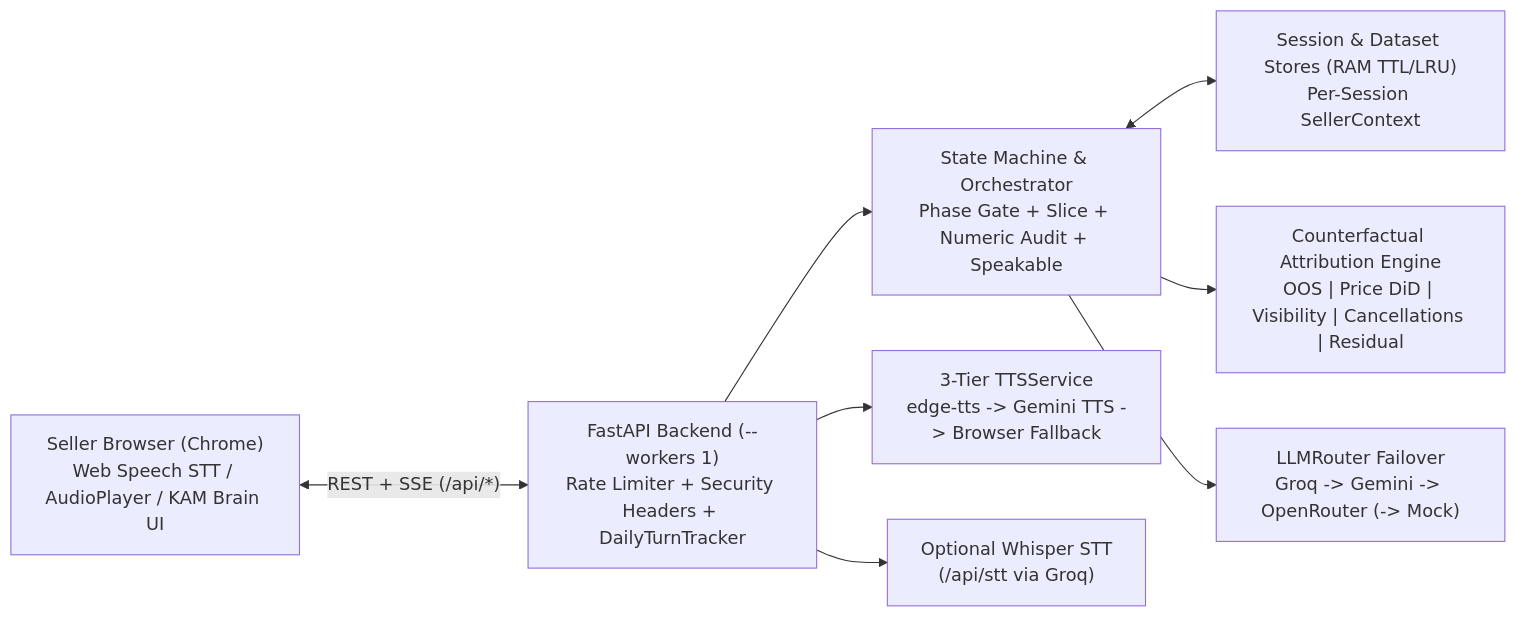
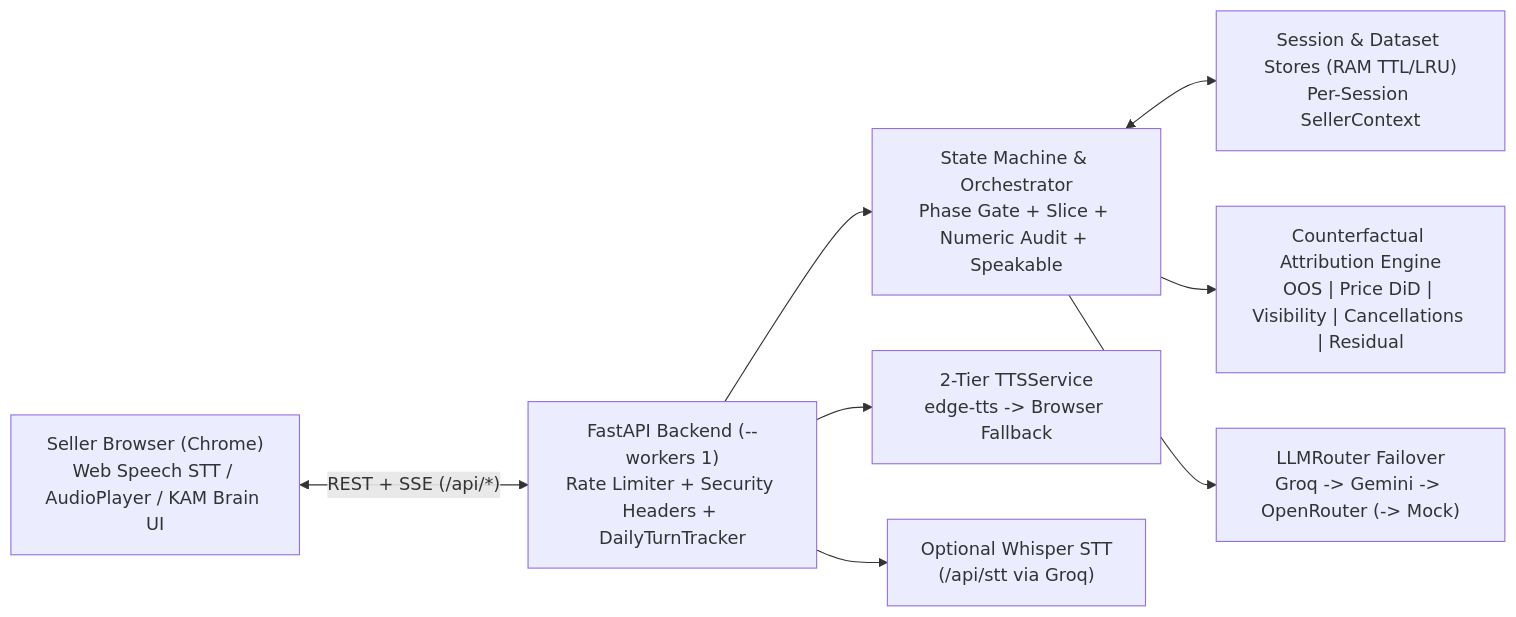
The diagram in README.md (dummycodertech/VoiceKAM), drawn with Mermaid before and after one commit. The commit also changed other lines of this file and 13 other files, not shown here.

Commit message:
Round 3.1: disable non-functional Gemini TTS tier and align health/docs to 2-tier TTS

````diff
--- a/README.md
+++ b/README.md
@@ -23,10 +23,10 @@
 ```mermaid
 flowchart LR
     U["Seller Browser (Chrome)<br/>Web Speech STT / AudioPlayer / KAM Brain UI"] <-->|"REST + SSE (/api/*)"| API["FastAPI Backend (--workers 1)<br/>Rate Limiter + Security Headers + DailyTurnTracker"]
     API --> SM["State Machine & Orchestrator<br/>Phase Gate + Slice + Numeric Audit + Speakable"]
     SM <--> SC["Session & Dataset Stores (RAM TTL/LRU)<br/>Per-Session SellerContext"]
     SM --> DE["Counterfactual Attribution Engine<br/>OOS | Price DiD | Visibility | Cancellations | Residual"]
     SM --> MR["LLMRouter Failover<br/>Groq -> Gemini -> OpenRouter (-> Mock)"]
-    API --> TTS["3-Tier TTSService<br/>edge-tts -> Gemini TTS -> Browser Fallback"]
+    API --> TTS["2-Tier TTSService<br/>edge-tts -> Browser Fallback"]
     API --> STT["Optional Whisper STT<br/>(/api/stt via Groq)"]
 ```
````
